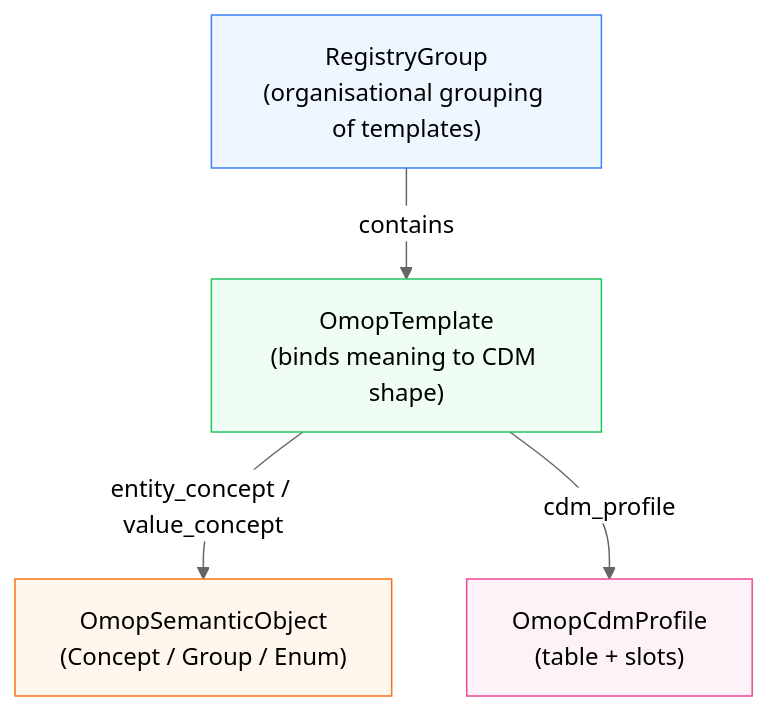
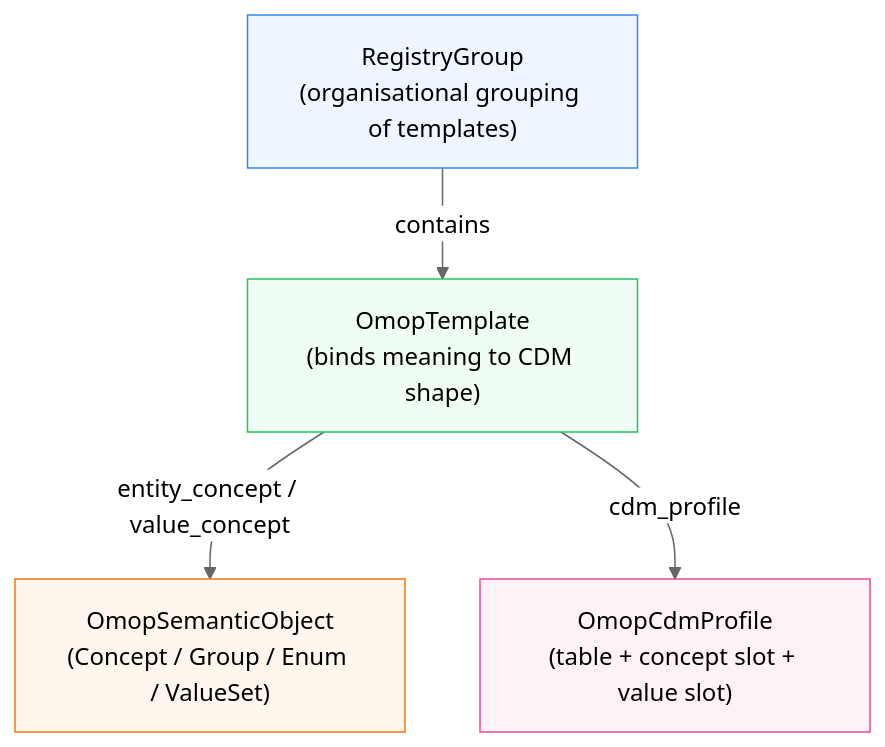
The diagram in docs/index.md (AustralianCancerDataNetwork/omop-semantics), drawn with Mermaid (neutral theme) before and after one commit. The commit also changed other lines of this file and 18 other files, not shown here.

````diff
--- a/docs/index.md
+++ b/docs/index.md
@@ -31,26 +24,21 @@
 ```mermaid
 flowchart TD
-    %% Core composition flow
     RG["RegistryGroup\n(organisational grouping of templates)"]
     TPL["OmopTemplate\n(binds meaning to CDM shape)"]
-
-    SEM["OmopSemanticObject\n(Concept / Group / Enum)"]
-    CDM["OmopCdmProfile\n(table + slots)"]
+    SEM["OmopSemanticObject\n(Concept / Group / Enum / ValueSet)"]
+    CDM["OmopCdmProfile\n(table + concept slot + value slot)"]
 
     RG -->|contains| TPL
-
     TPL -->|entity_concept / value_concept| SEM
     TPL -->|cdm_profile| CDM
 
-    %% Styling
     classDef registry fill:#eef7ff,stroke:#3b82f6,stroke-width:1px;
     classDef template fill:#f0fdf4,stroke:#22c55e,stroke-width:1px;
     classDef semantic fill:#fff7ed,stroke:#f97316,stroke-width:1px;
     classDef cdm fill:#fdf2f8,stroke:#ec4899,stroke-width:1px;
 
     class RG registry
     class TPL template
     class SEM semantic
     class CDM cdm
-
 ```
````
